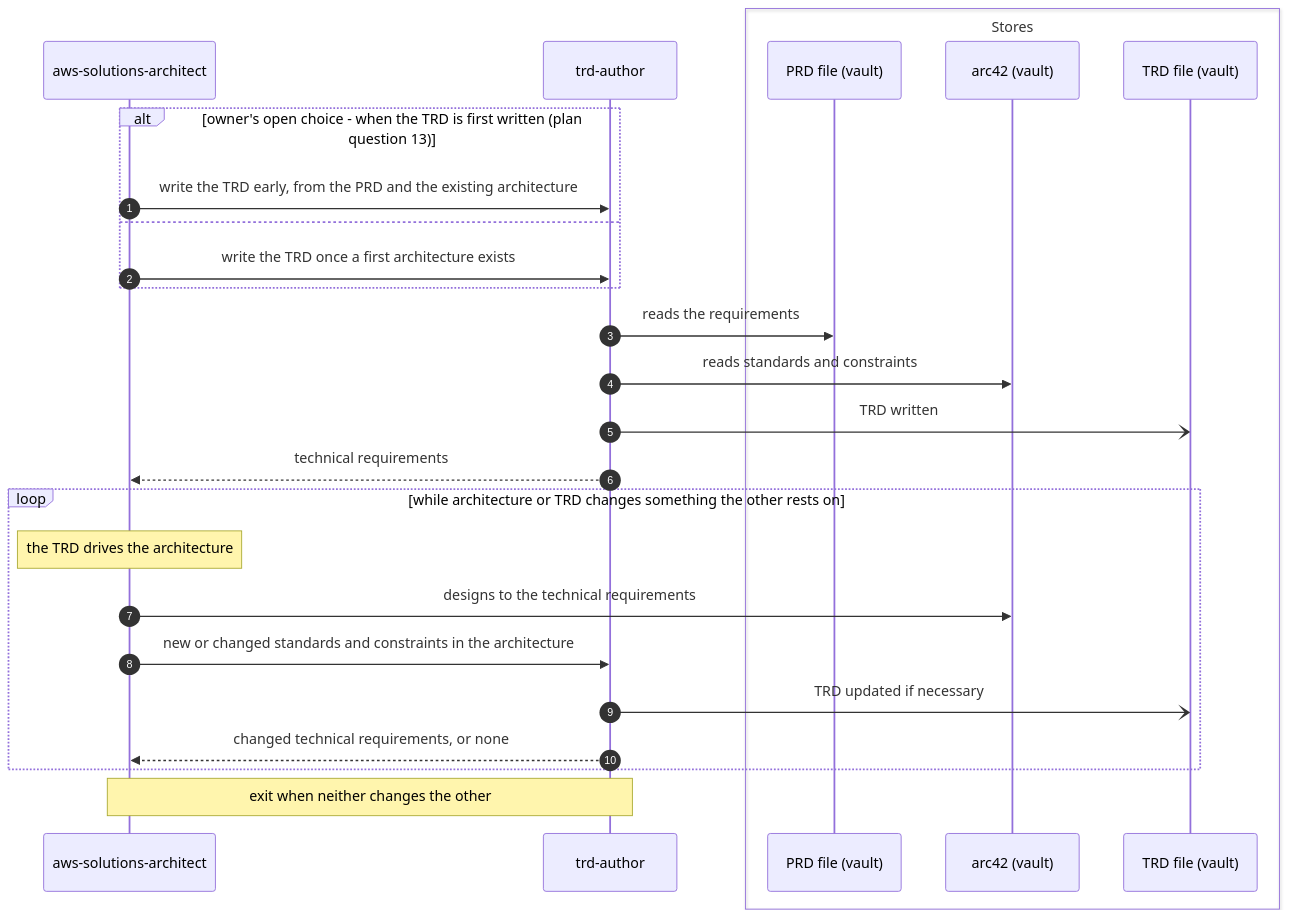
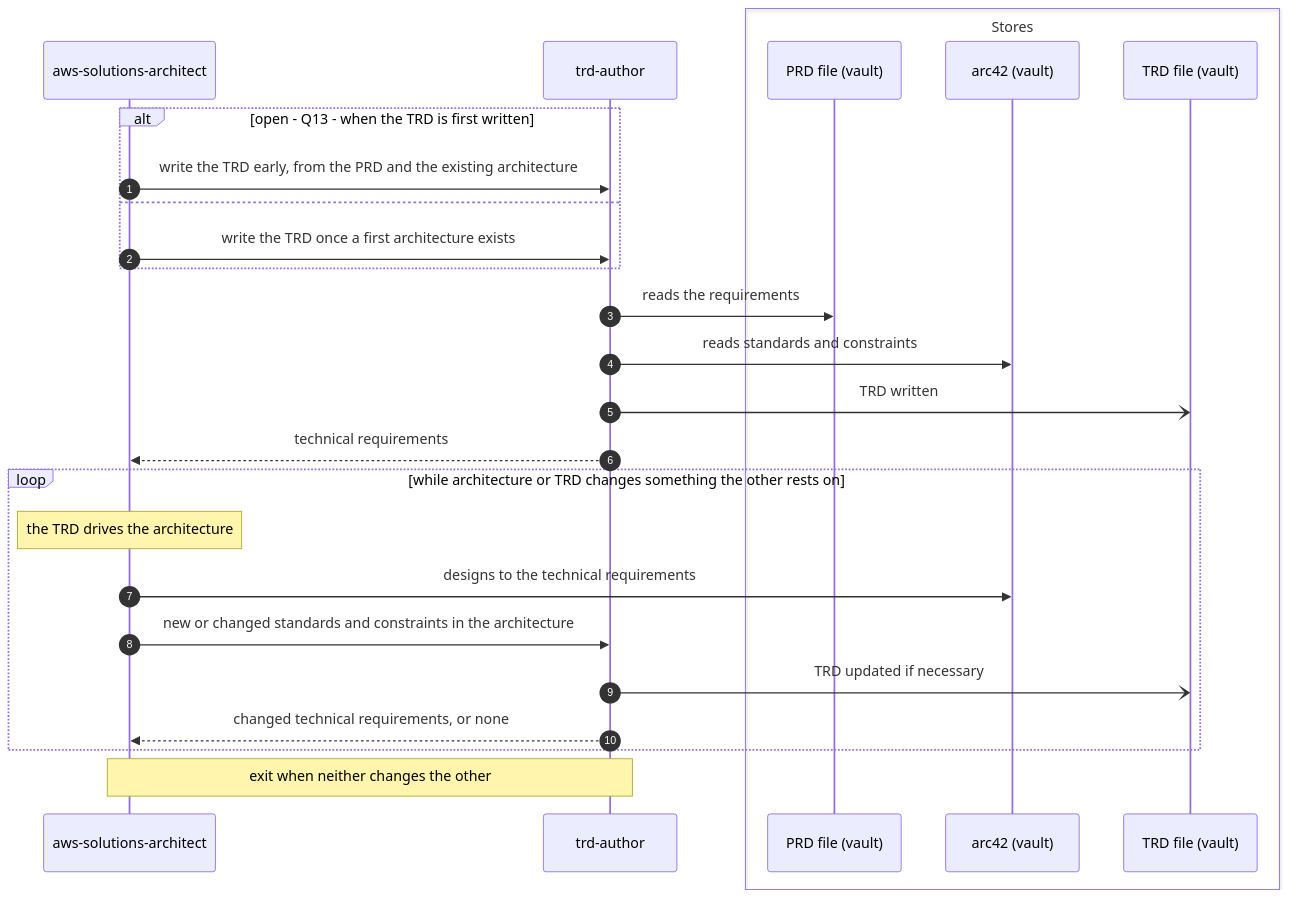
The fourth of 8 diagrams in plugins/agent-teams-workforce/blueprint/design/pipelines-elaboration.md (mark-satterfield/toolset), drawn with Mermaid before and after one commit. The commit also changed other lines of this file and 3 other files, not shown here.

````diff
--- a/plugins/agent-teams-workforce/blueprint/design/pipelines-elaboration.md
+++ b/plugins/agent-teams-workforce/blueprint/design/pipelines-elaboration.md
@@ -288,29 +288,29 @@
 ```mermaid
 sequenceDiagram
     autonumber
     participant SA as aws-solutions-architect
     participant TRD as trd-author
     box Stores
         participant PRD as PRD file (vault)
         participant A42 as arc42 (vault)
         participant T as TRD file (vault)
     end
 
-    alt owner's open choice - when the TRD is first written (plan question 13)
+    alt open - Q13 - when the TRD is first written
         SA->>TRD: write the TRD early, from the PRD and the existing architecture
     else
         SA->>TRD: write the TRD once a first architecture exists
     end
     TRD->>PRD: reads the requirements
     TRD->>A42: reads standards and constraints
     TRD-)T: TRD written
     TRD-->>SA: technical requirements
     loop while architecture or TRD changes something the other rests on
         Note over SA: the TRD drives the architecture
         SA->>A42: designs to the technical requirements
         SA->>TRD: new or changed standards and constraints in the architecture
         TRD-)T: TRD updated if necessary
         TRD-->>SA: changed technical requirements, or none
     end
     Note over SA,TRD: exit when neither changes the other
 ```
````
